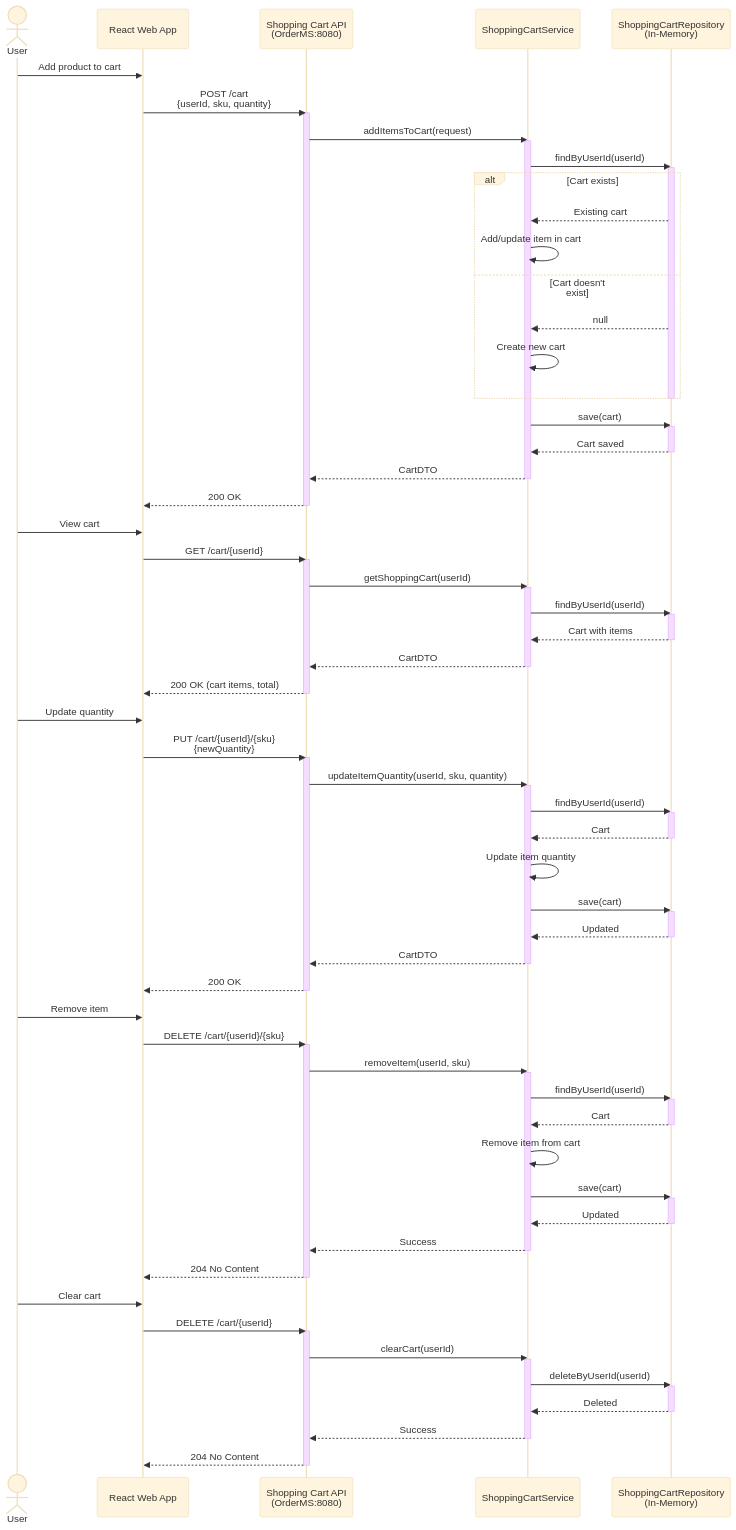
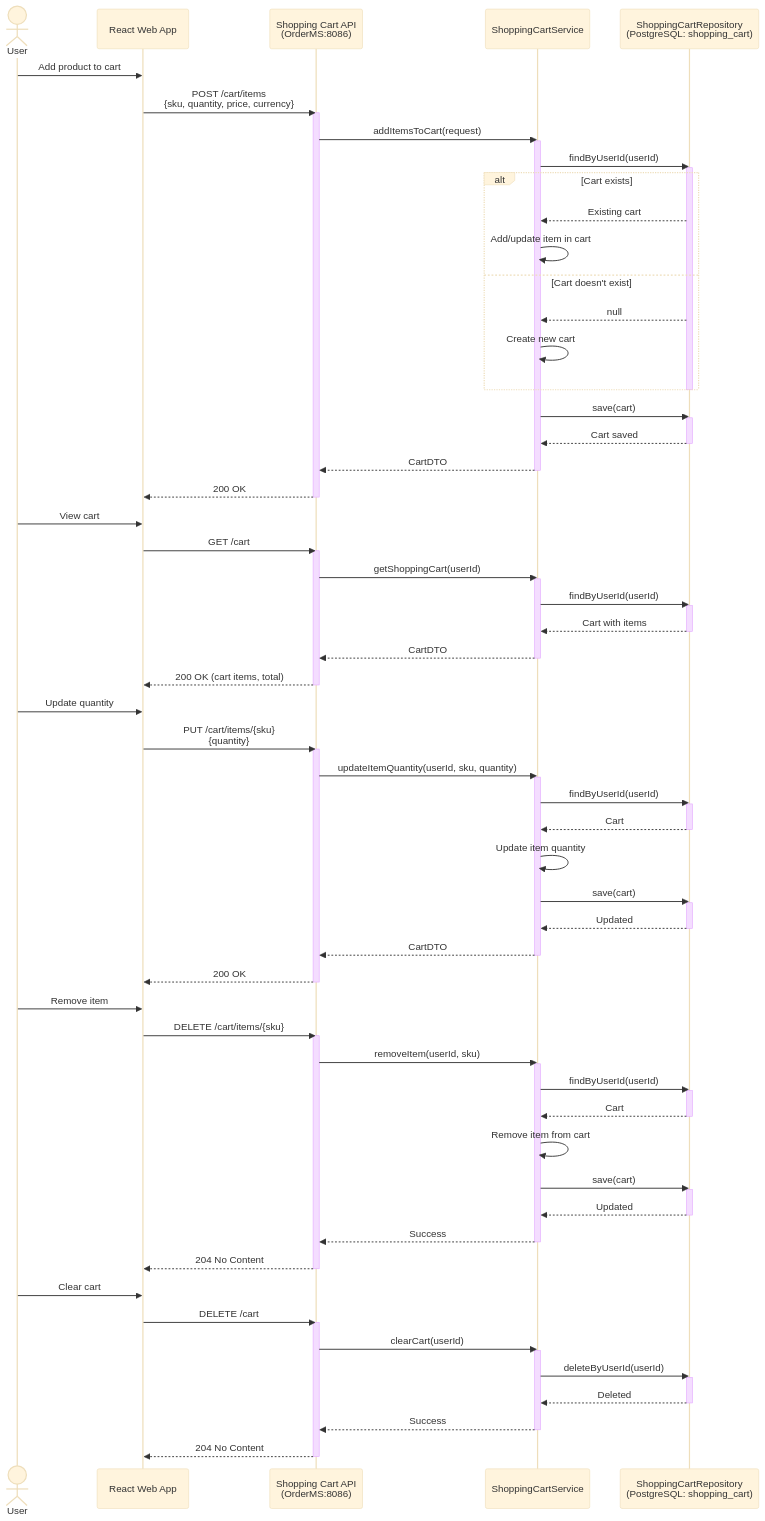
The sixth of 6 diagrams in docs/ARCHITECTURE.md (metao1/microservice-online-store), drawn with Mermaid (base theme) before and after one commit. The commit also changed other lines of this file and 35 other files, not shown here.

```diff
--- a/docs/ARCHITECTURE.md
+++ b/docs/ARCHITECTURE.md
@@ -281,13 +302,13 @@
 sequenceDiagram
     actor User
     participant WebApp as React Web App
-    participant CartAPI as Shopping Cart API<br/>(OrderMS:8080)
+    participant CartAPI as Shopping Cart API<br/>(OrderMS:8086)
     participant CartService as ShoppingCartService
-    participant CartRepo as ShoppingCartRepository<br/>(In-Memory)
+    participant CartRepo as ShoppingCartRepository<br/>(PostgreSQL: shopping_cart)
 
     %% Add items to cart
     User->>WebApp: Add product to cart
-    WebApp->>CartAPI: POST /cart<br/>{userId, sku, quantity}
+    WebApp->>CartAPI: POST /cart/items<br/>{sku, quantity, price, currency}
     activate CartAPI
 
     CartAPI->>CartService: addItemsToCart(request)
@@ -317,7 +338,7 @@
 
     %% Get cart
     User->>WebApp: View cart
-    WebApp->>CartAPI: GET /cart/{userId}
+    WebApp->>CartAPI: GET /cart
     activate CartAPI
 
     CartAPI->>CartService: getShoppingCart(userId)
@@ -335,7 +356,7 @@
 
     %% Update item quantity
     User->>WebApp: Update quantity
-    WebApp->>CartAPI: PUT /cart/{userId}/{sku}<br/>{newQuantity}
+    WebApp->>CartAPI: PUT /cart/items/{sku}<br/>{quantity}
     activate CartAPI
 
     CartAPI->>CartService: updateItemQuantity(userId, sku, quantity)
@@ -360,7 +381,7 @@
 
     %% Remove item
     User->>WebApp: Remove item
-    WebApp->>CartAPI: DELETE /cart/{userId}/{sku}
+    WebApp->>CartAPI: DELETE /cart/items/{sku}
     activate CartAPI
 
     CartAPI->>CartService: removeItem(userId, sku)
@@ -385,7 +406,7 @@
 
     %% Clear cart
     User->>WebApp: Clear cart
-    WebApp->>CartAPI: DELETE /cart/{userId}
+    WebApp->>CartAPI: DELETE /cart
     activate CartAPI
 
     CartAPI->>CartService: clearCart(userId)
```
